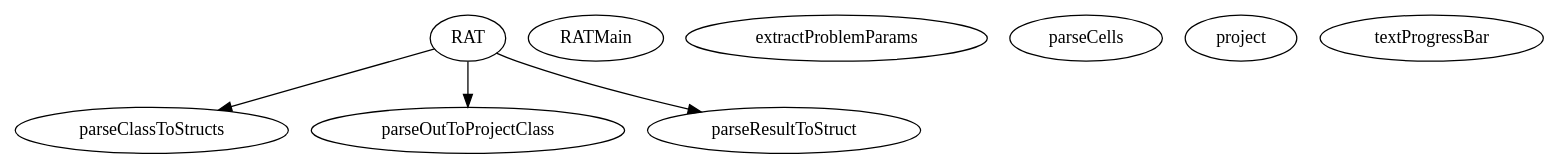
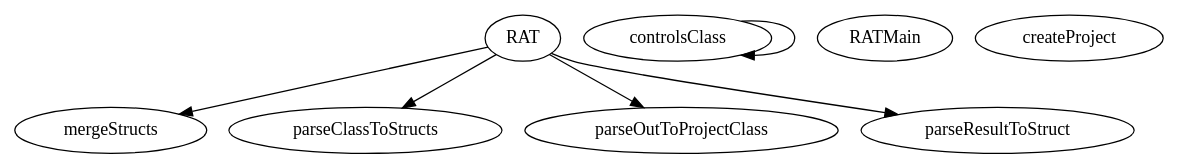
The diagram in master/api_reference/API/graph.dot (RascalSoftware/RAT), drawn with Graphviz before and after one commit. The commit also changed 381 other files, not shown here.

```diff
--- a/master/api_reference/API/graph.dot
+++ b/master/api_reference/API/graph.dot
@@ -1,16 +1,17 @@
 /* Created by mdot for Matlab */
 digraph m2html {
+  RAT -> mergeStructs;
   RAT -> parseClassToStructs;
   RAT -> parseOutToProjectClass;
   RAT -> parseResultToStruct;
+  controlsClass -> controlsClass;
 
   RAT [URL="RAT.html"];
   RATMain [URL="RATMain.html"];
-  extractProblemParams [URL="extractProblemParams.html"];
-  parseCells [URL="parseCells.html"];
+  controlsClass [URL="controlsClass.html"];
+  createProject [URL="createProject.html"];
+  mergeStructs [URL="mergeStructs.html"];
   parseClassToStructs [URL="parseClassToStructs.html"];
   parseOutToProjectClass [URL="parseOutToProjectClass.html"];
   parseResultToStruct [URL="parseResultToStruct.html"];
-  project [URL="project.html"];
-  textProgressBar [URL="textProgressBar.html"];
 }
```
